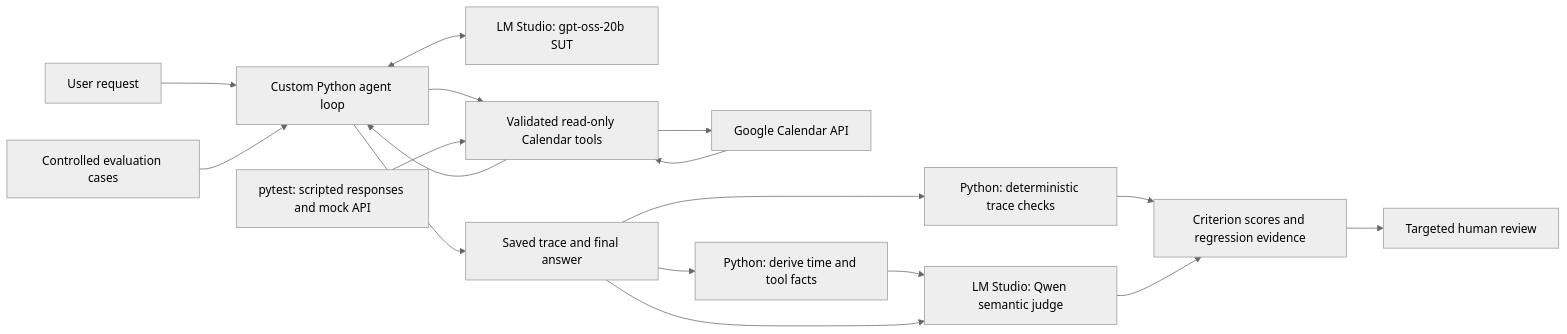
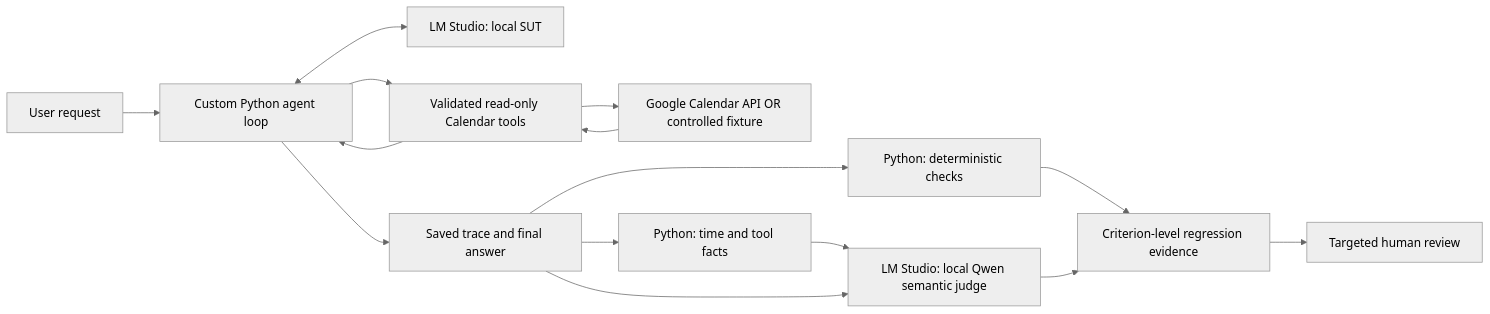
The diagram in README.md (rachelwuw/agentic-ai-quality-harness), drawn with Mermaid (neutral theme) before and after one commit. The commit also changed other lines of this file and 2 other files, not shown here.

Commit message:
docs: clarify availability scope and demonstrate saved evaluation evidence

````diff
--- a/README.md
+++ b/README.md
@@ -31,19 +38,17 @@
 ```mermaid
 flowchart LR
     U[User request] --> A[Custom Python agent loop]
-    A <--> S[LM Studio: gpt-oss-20b SUT]
+    A <--> S[LM Studio: local SUT]
     A --> V[Validated read-only Calendar tools]
-    V --> G[Google Calendar API]
+    V --> G[Google Calendar API OR controlled fixture]
     G --> V
     V --> A
     A --> T[Saved trace and final answer]
-    E[Controlled evaluation cases] --> A
-    P[pytest: scripted responses and mock API] --> V
-    T --> F[Python: derive time and tool facts]
-    T --> D[Python: deterministic trace checks]
-    F --> J[LM Studio: Qwen semantic judge]
+    T --> F[Python: time and tool facts]
+    T --> D[Python: deterministic checks]
+    F --> J[LM Studio: local Qwen semantic judge]
     T --> J
-    D --> R
-    J --> R[Criterion scores and regression evidence]
+    D --> R[Criterion-level regression evidence]
+    J --> R
     R --> H[Targeted human review]
 ```
````
